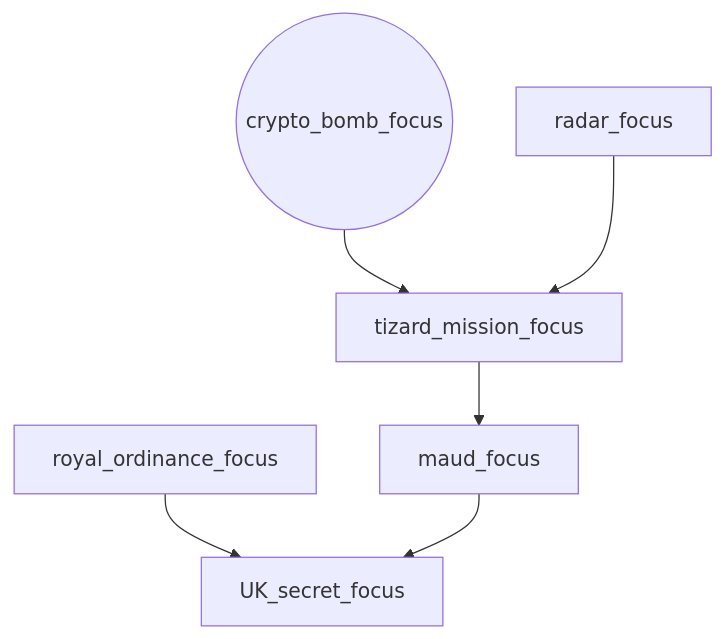
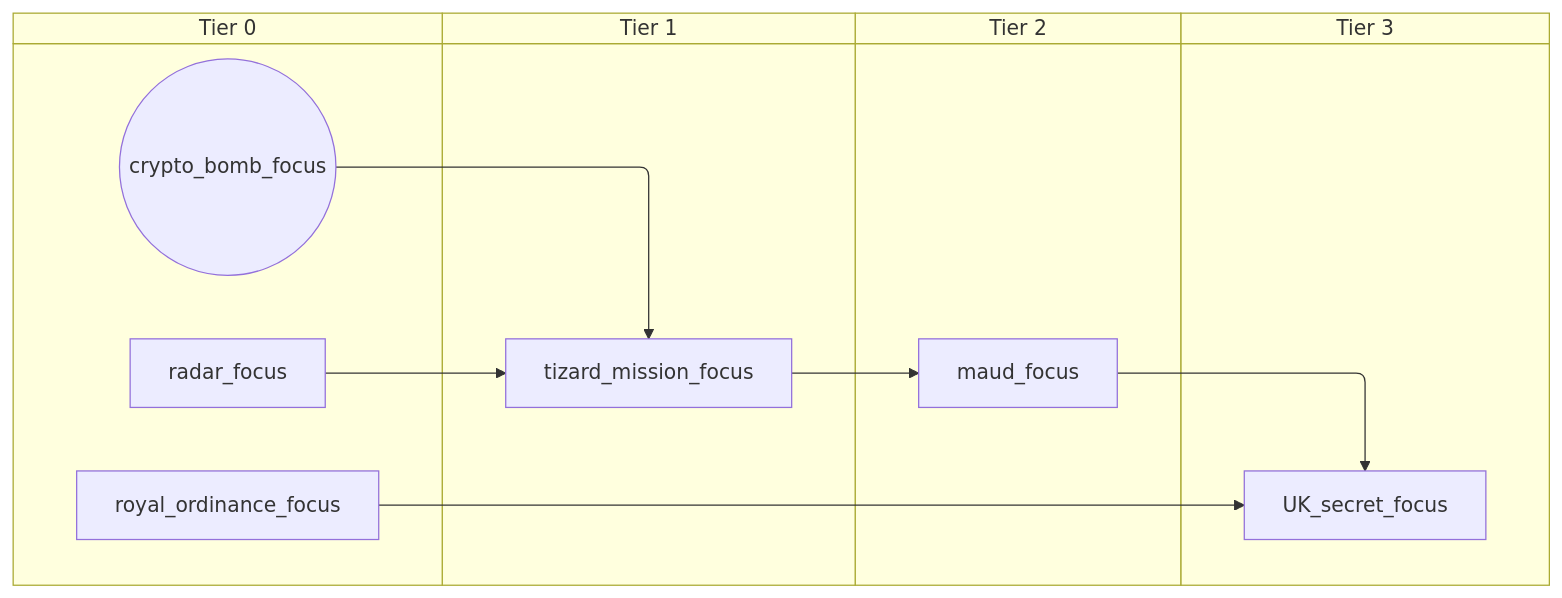
The fourth of 6 diagrams in docs/gdd/National Focuses/uk.md (evgeny-sobol/hoi4-sandbox-mode), drawn with Mermaid before and after one commit. The commit also changed other lines of this file and 80 other files, not shown here.

First line of the commit message:
Add swimlane mode to focus graph exporter

````diff
--- a/docs/gdd/National Focuses/uk.md
+++ b/docs/gdd/National Focuses/uk.md
@@ -227,14 +273,22 @@
 ```mermaid
-flowchart TD
-    n90["UK_secret_focus"]
-    n91(("crypto_bomb_focus"))
-    n92["maud_focus"]
-    n93["radar_focus"]
-    n94["royal_ordinance_focus"]
-    n95["tizard_mission_focus"]
-    n94 --> n90
-    n92 --> n90
-    n95 --> n92
-    n91 --> n95
-    n93 --> n95
+swimlane-beta TD
+    subgraph tier_0["Tier 0"]
+        n90(("crypto_bomb_focus"))
+        n91["radar_focus"]
+        n92["royal_ordinance_focus"]
+    end
+    subgraph tier_1["Tier 1"]
+        n93["tizard_mission_focus"]
+    end
+    subgraph tier_2["Tier 2"]
+        n94["maud_focus"]
+    end
+    subgraph tier_3["Tier 3"]
+        n95["UK_secret_focus"]
+    end
+    n92 --> n95
+    n94 --> n95
+    n93 --> n94
+    n90 --> n93
+    n91 --> n93
 ```
````
